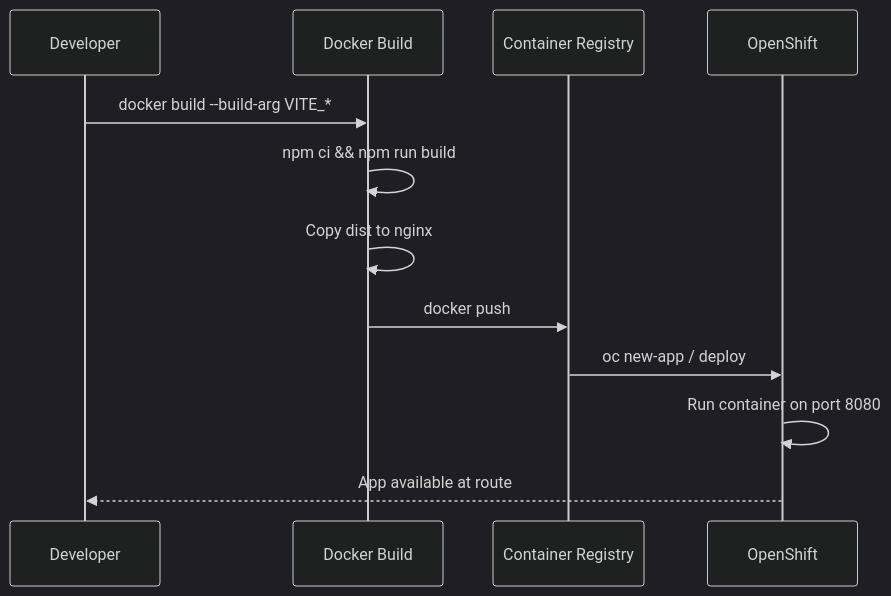
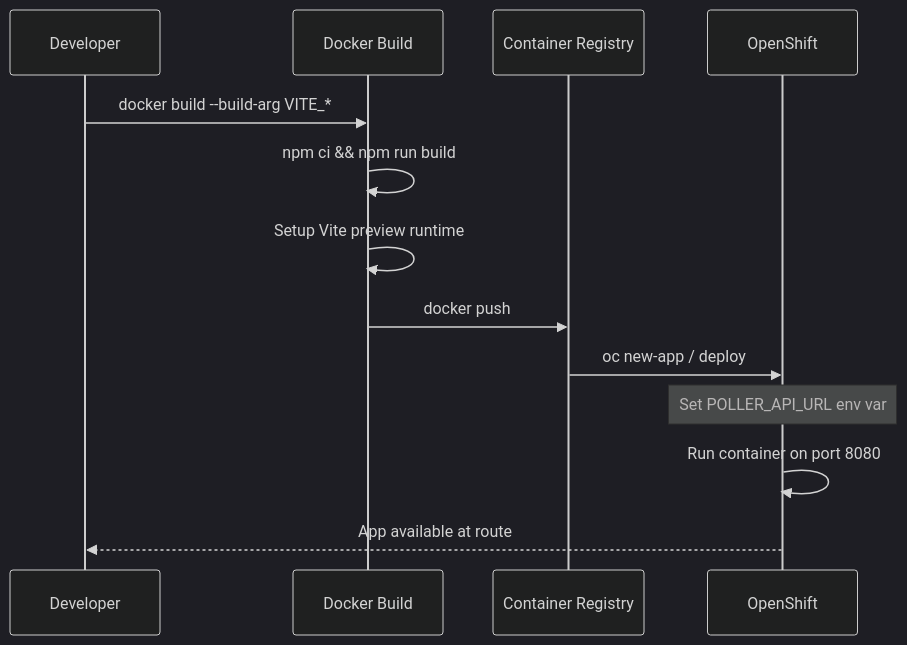
The second of 2 diagrams in README.md (LoneWolf345/sound-check), drawn with Mermaid (dark theme) before and after one commit. The commit also changed other lines of this file and 8 other files, not shown here.

````diff
--- a/README.md
+++ b/README.md
@@ -48,15 +83,16 @@
 ```mermaid
 sequenceDiagram
     participant Dev as Developer
     participant Docker as Docker Build
     participant Registry as Container Registry
     participant OCP as OpenShift
 
     Dev->>Docker: docker build --build-arg VITE_*
     Docker->>Docker: npm ci && npm run build
-    Docker->>Docker: Copy dist to nginx
+    Docker->>Docker: Setup Vite preview runtime
     Docker->>Registry: docker push
     Registry->>OCP: oc new-app / deploy
+    Note over OCP: Set POLLER_API_URL env var
     OCP->>OCP: Run container on port 8080
     OCP-->>Dev: App available at route
 ```
````
